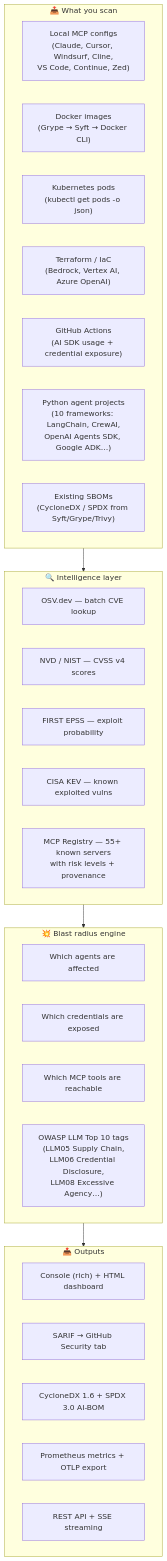
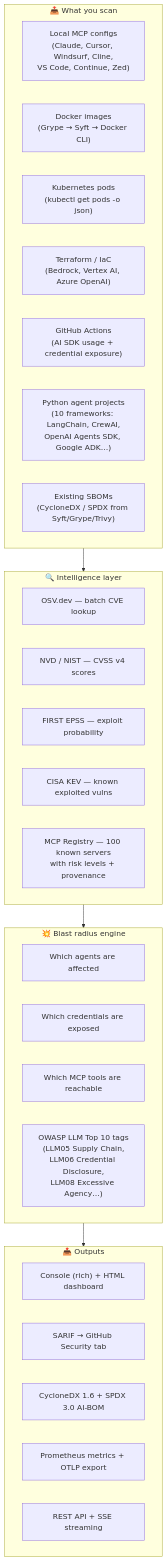
The diagram in README.md (agent-bom/agent-bom), drawn with Mermaid before and after one commit. The commit also changed other lines of this file and 4 other files, not shown here.

````diff
--- a/README.md
+++ b/README.md
@@ -19,39 +19,39 @@
 ```mermaid
 flowchart TD
     subgraph S["📥 What you scan"]
         S1["Local MCP configs\n(Claude, Cursor, Windsurf, Cline,\nVS Code, Continue, Zed)"]
         S2["Docker images\n(Grype → Syft → Docker CLI)"]
         S3["Kubernetes pods\n(kubectl get pods -o json)"]
         S4["Terraform / IaC\n(Bedrock, Vertex AI, Azure OpenAI)"]
         S5["GitHub Actions\n(AI SDK usage + credential exposure)"]
         S6["Python agent projects\n(10 frameworks: LangChain, CrewAI,\nOpenAI Agents SDK, Google ADK…)"]
         S7["Existing SBOMs\n(CycloneDX / SPDX from Syft/Grype/Trivy)"]
     end
 
     subgraph I["🔍 Intelligence layer"]
         I1["OSV.dev — batch CVE lookup"]
         I2["NVD / NIST — CVSS v4 scores"]
         I3["FIRST EPSS — exploit probability"]
         I4["CISA KEV — known exploited vulns"]
-        I5["MCP Registry — 55+ known servers\nwith risk levels + provenance"]
+        I5["MCP Registry — 100 known servers\nwith risk levels + provenance"]
     end
 
     subgraph B["💥 Blast radius engine"]
         B1["Which agents are affected"]
         B2["Which credentials are exposed"]
         B3["Which MCP tools are reachable"]
         B4["OWASP LLM Top 10 tags\n(LLM05 Supply Chain,\nLLM06 Credential Disclosure,\nLLM08 Excessive Agency…)"]
     end
 
     subgraph O["📤 Outputs"]
         O1["Console (rich) + HTML dashboard"]
         O2["SARIF → GitHub Security tab"]
         O3["CycloneDX 1.6 + SPDX 3.0 AI-BOM"]
         O4["Prometheus metrics + OTLP export"]
         O5["REST API + SSE streaming"]
     end
 
     S --> I
     I --> B
     B --> O
 ```
````
